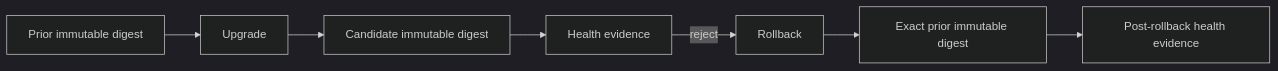
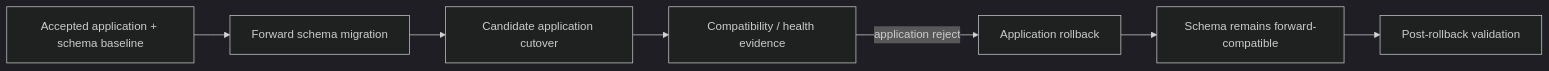
The diagram in docs/project/CURRENT_STATE.md (GJvManen/dtmo), drawn with Mermaid (dark theme) before and after one commit. The commit also changed other lines of this file, not shown here.

````diff
--- a/docs/project/CURRENT_STATE.md
+++ b/docs/project/CURRENT_STATE.md
@@ -54,9 +54,9 @@
 ```mermaid
 flowchart LR
-    B[Prior immutable digest] --> U[Upgrade]
-    U --> C[Candidate immutable digest]
-    C --> H[Health evidence]
-    H -->|reject| R[Rollback]
-    R --> B2[Exact prior immutable digest]
-    B2 --> V[Post-rollback health evidence]
+    B[Accepted application + schema baseline] --> M[Forward schema migration]
+    M --> C[Candidate application cutover]
+    C --> O[Compatibility / health evidence]
+    O -->|application reject| R[Application rollback]
+    R --> S[Schema remains forward-compatible]
+    S --> V[Post-rollback validation]
 ```
````
